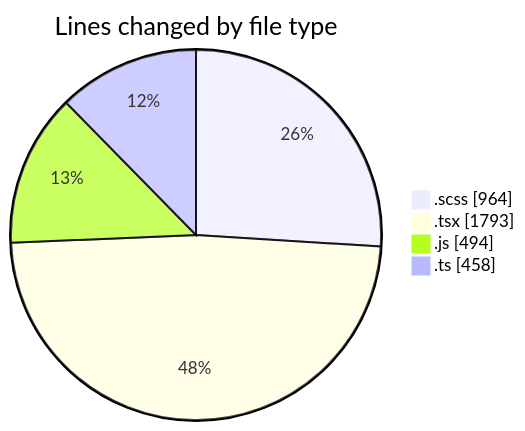
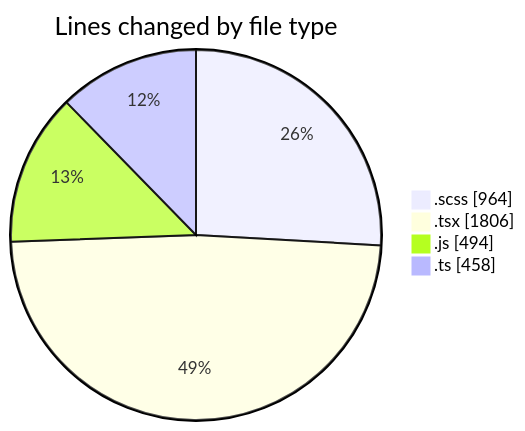
The first of 2 diagrams in 2025-03-14/cda/README.md (momahboobian/code-tracking), drawn with Mermaid before and after one commit. The commit also changed other lines of this file and 1 other file, not shown here.

````diff
--- a/2025-03-14/cda/README.md
+++ b/2025-03-14/cda/README.md
@@ -40,8 +40,8 @@
 ```mermaid
 pie showData
 title Lines changed by file type
 ".scss" : 964
-".tsx" : 1793
+".tsx" : 1806
 ".js" : 494
 ".ts" : 458
 ```
````
